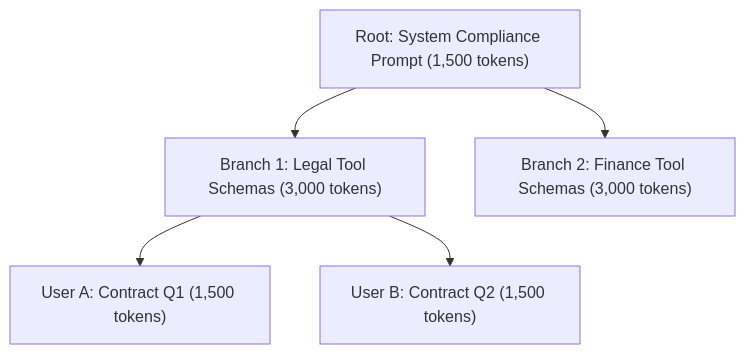
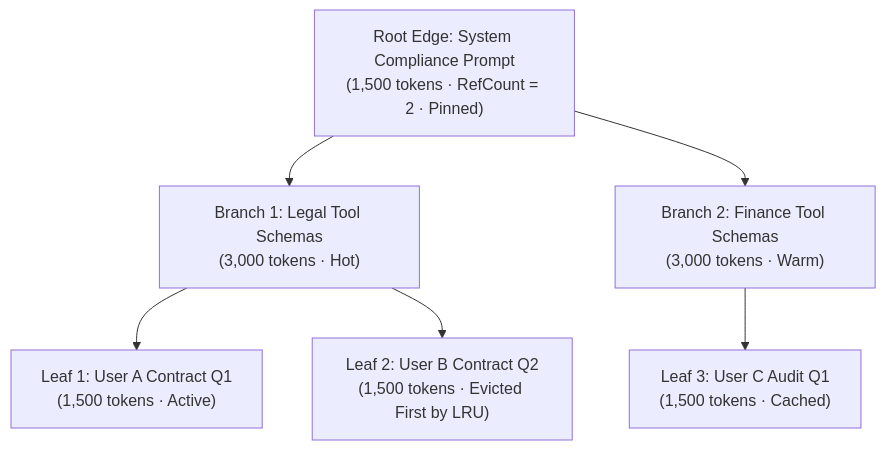
One commit to Amie-dev/FDE-and-GenAI-Mastery changed the first of 2 diagrams in Lecture 40 - Distributed Inference SGLang llm-d and Dynamo/notes/03_KV_Cache_Reuse_RadixAttention_and_Offloading.md. Above: the diagram before and after it, drawn with Mermaid. The commit also changed other lines of this file and 92 other files, not shown here.

````diff
--- a/Lecture 40 - Distributed Inference SGLang llm-d and Dynamo/notes/03_KV_Cache_Reuse_RadixAttention_and_Offloading.md
+++ b/Lecture 40 - Distributed Inference SGLang llm-d and Dynamo/notes/03_KV_Cache_Reuse_RadixAttention_and_Offloading.md
@@ -35,7 +38,8 @@
 ```mermaid
 flowchart TD
-    Root["Root: System Compliance Prompt (1,500 tokens)"] --> B1["Branch 1: Legal Tool Schemas (3,000 tokens)"]
-    Root --> B2["Branch 2: Finance Tool Schemas (3,000 tokens)"]
-    B1 --> L1["User A: Contract Q1 (1,500 tokens)"]
-    B1 --> L2["User B: Contract Q2 (1,500 tokens)"]
+    Root["Root Edge: System Compliance Prompt<br/>(1,500 tokens · RefCount = 2 · Pinned)"] --> B1["Branch 1: Legal Tool Schemas<br/>(3,000 tokens · Hot)"]
+    Root --> B2["Branch 2: Finance Tool Schemas<br/>(3,000 tokens · Warm)"]
+    B1 --> L1["Leaf 1: User A Contract Q1<br/>(1,500 tokens · Active)"]
+    B1 --> L2["Leaf 2: User B Contract Q2<br/>(1,500 tokens · Evicted First by LRU)"]
+    B2 --> L3["Leaf 3: User C Audit Q1<br/>(1,500 tokens · Cached)"]
 ```
````
